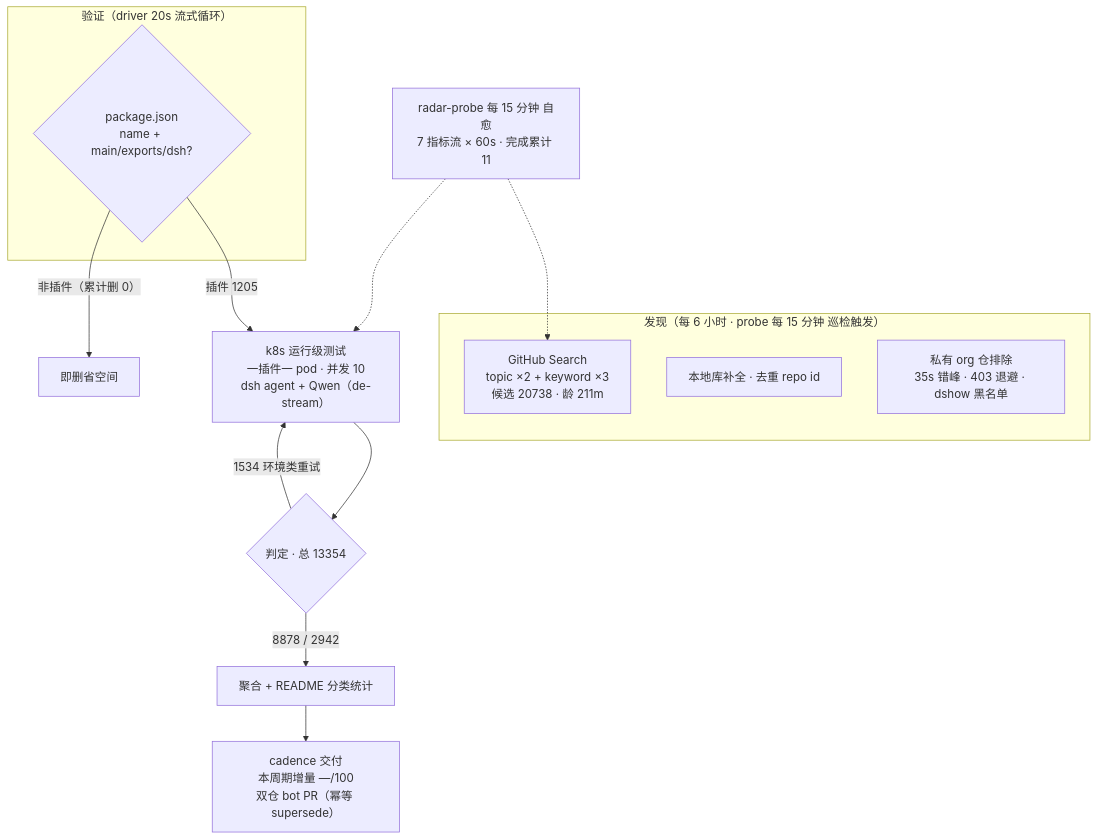
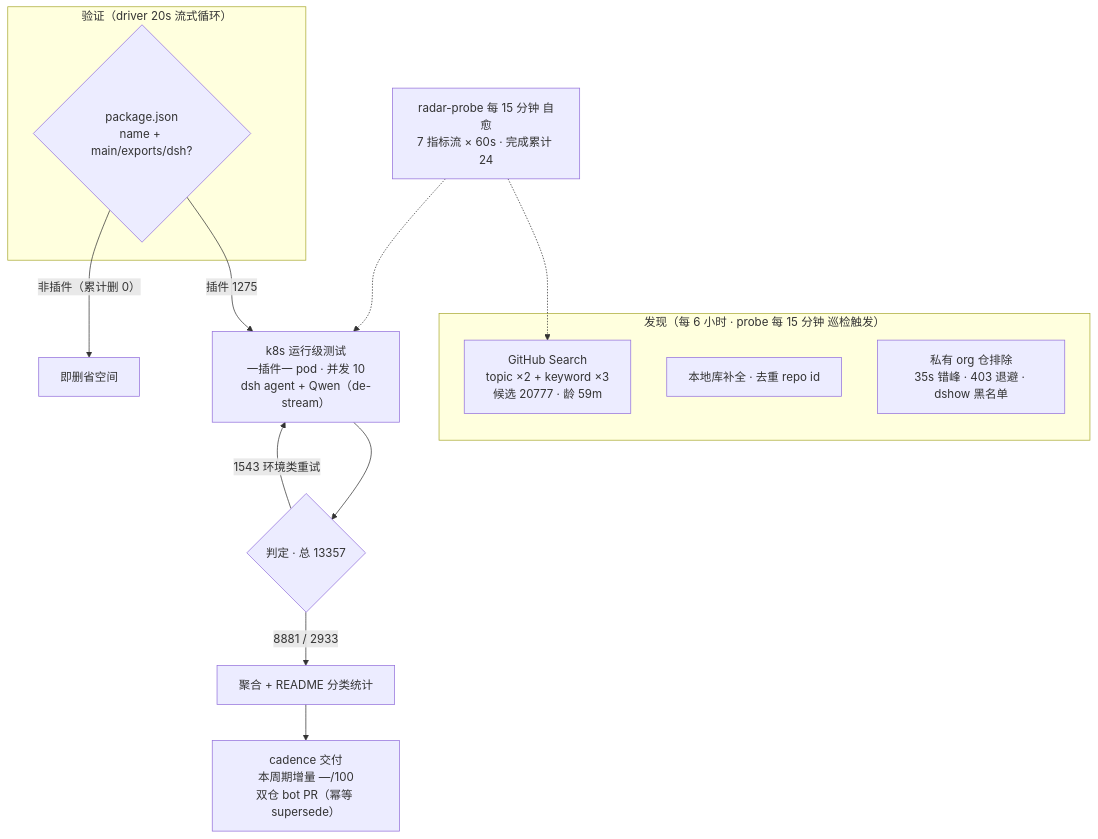
The diagram in README.md (1420079678-ctrl/dsh-plugin-radar), drawn with Mermaid before and after one commit. The commit also changed other lines of this file and 15 other files, not shown here.

````diff
--- a/README.md
+++ b/README.md
@@ -52,20 +52,20 @@
 ```mermaid
 flowchart TB
     subgraph Discovery["发现（每 6 小时 · probe 每 15 分钟 巡检触发）"]
-        A1["GitHub Search<br/>topic ×2 + keyword ×3<br/>候选 20738 · 龄 211m"]
+        A1["GitHub Search<br/>topic ×2 + keyword ×3<br/>候选 20777 · 龄 59m"]
         A2["本地库补全 · 去重 repo id"]
         A3["私有 org 仓排除<br/>35s 错峰 · 403 退避 · dshow 黑名单"]
     end
     subgraph Validation["验证（driver 20s 流式循环）"]
         B1{"package.json<br/>name + main/exports/dsh?"}
     end
-    B1 -->|"插件 1205"| C1["k8s 运行级测试<br/>一插件一 pod · 并发 10<br/>dsh agent + Qwen（de-stream）"]
+    B1 -->|"插件 1275"| C1["k8s 运行级测试<br/>一插件一 pod · 并发 10<br/>dsh agent + Qwen（de-stream）"]
     B1 -->|"非插件（累计删 0）"| B3["即删省空间"]
-    C1 --> D1{"判定 · 总 13354"}
-    D1 -->|"8878 / 2942"| E1["聚合 + README 分类统计"]
-    D1 -->|"1534 环境类重试"| C1
+    C1 --> D1{"判定 · 总 13357"}
+    D1 -->|"8881 / 2933"| E1["聚合 + README 分类统计"]
+    D1 -->|"1543 环境类重试"| C1
     E1 --> E2["cadence 交付<br/>本周期增量 —/100<br/>双仓 bot PR（幂等 supersede）"]
-    M["radar-probe 每 15 分钟 自愈<br/>7 指标流 × 60s · 完成累计 11"]
+    M["radar-probe 每 15 分钟 自愈<br/>7 指标流 × 60s · 完成累计 24"]
     M -.-> A1
     M -.-> C1
 ```
````
